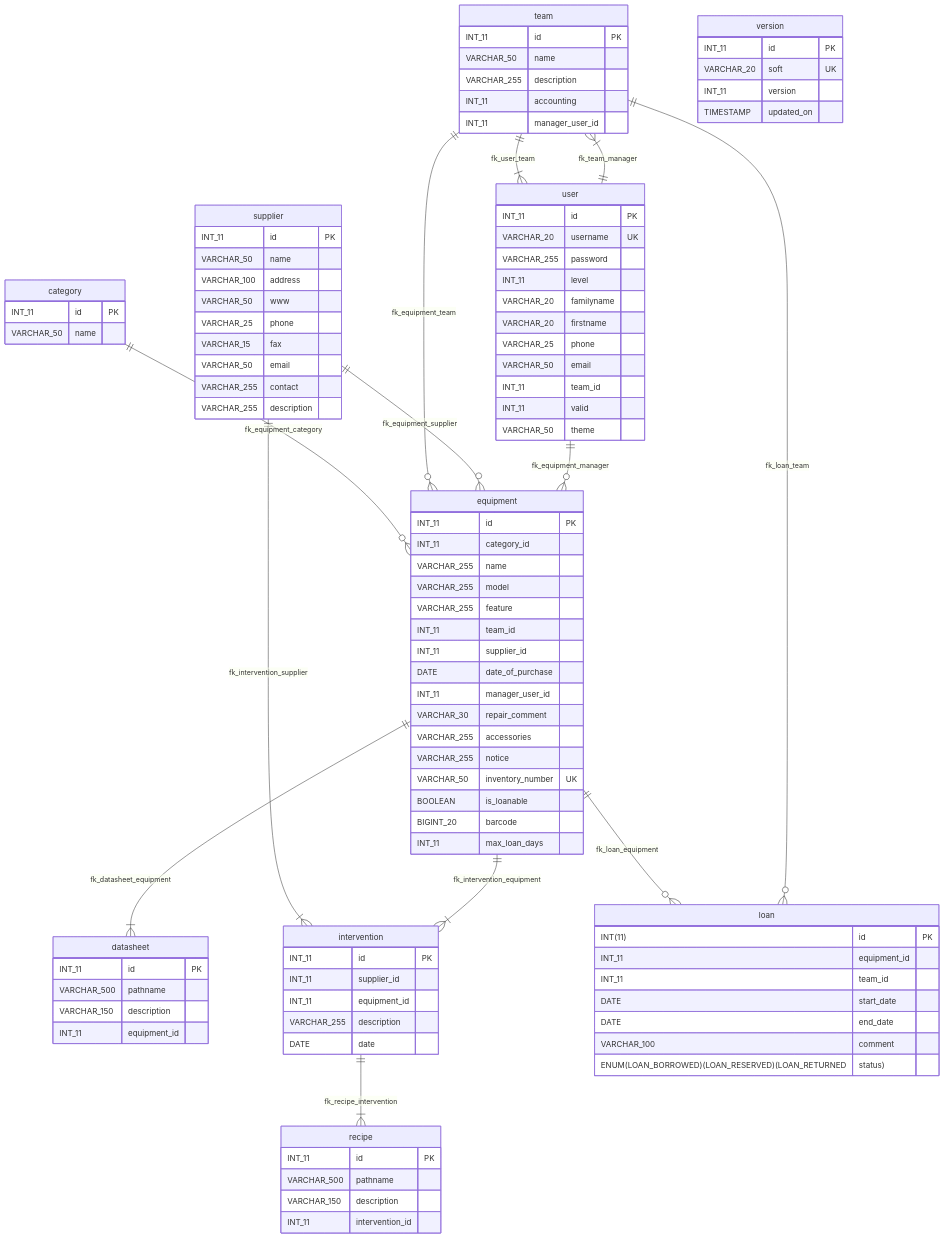
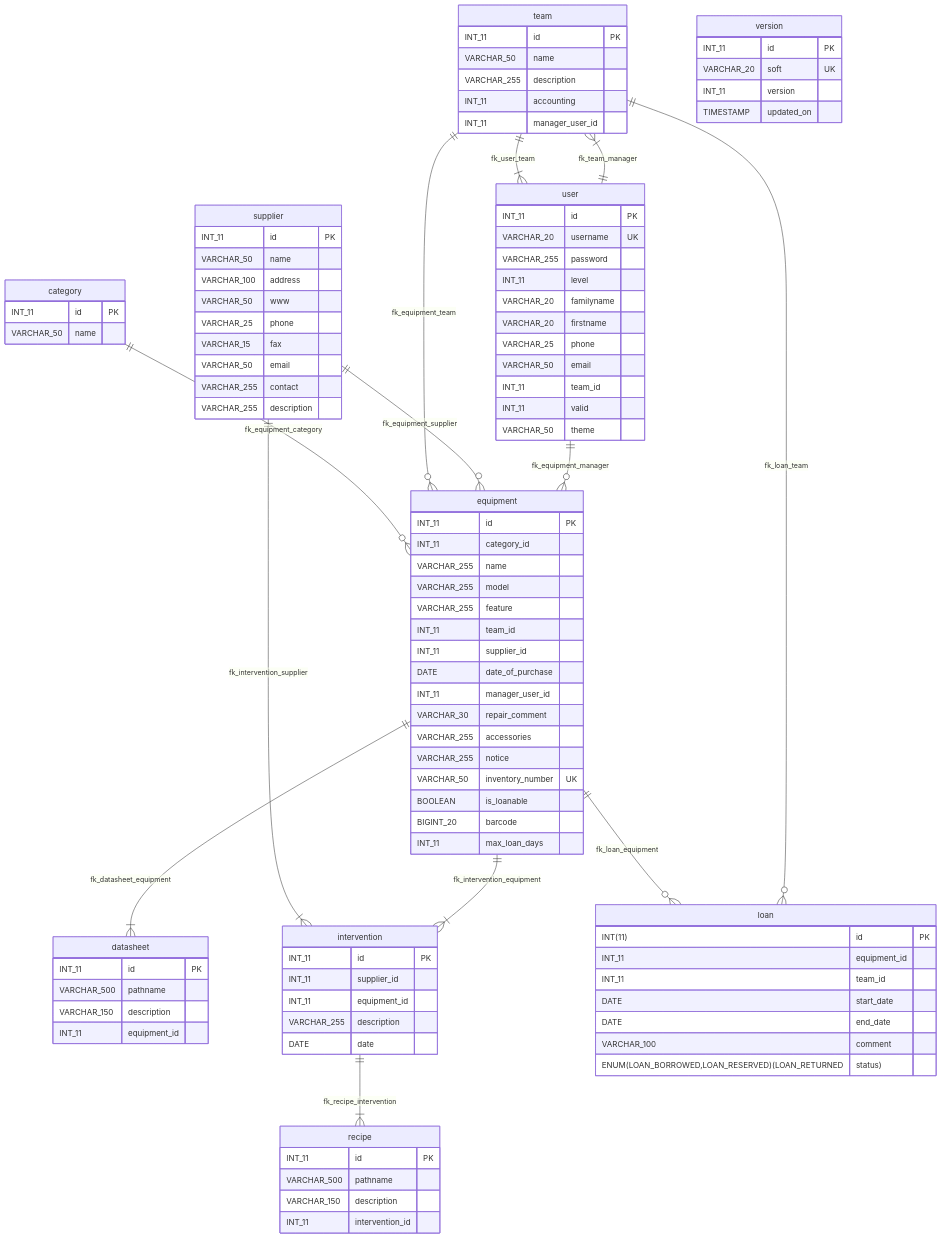
The diagram in README.md (GabrielMoreau/gestex), drawn with Mermaid before and after one commit.

Commit message:
Another one

```diff
--- a/README.md
+++ b/README.md
@@ -210,7 +210,7 @@
         DATE start_date
         DATE end_date
         VARCHAR_100 comment
-        ENUM(LOAN_BORROWED)(LOAN_RESERVED)(LOAN_RETURNED status)
+        ENUM(LOAN_BORROWED,LOAN_RESERVED)(LOAN_RETURNED status)
     }
 
     recipe {
```
